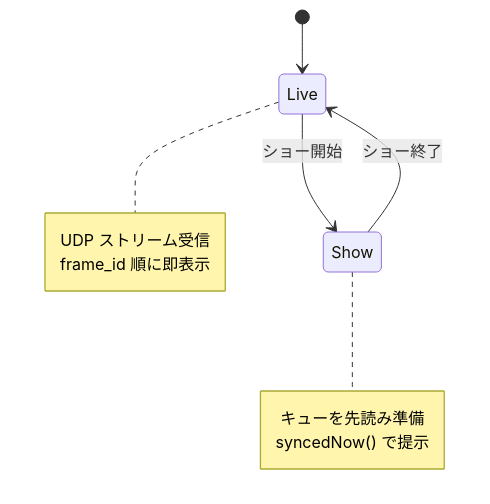
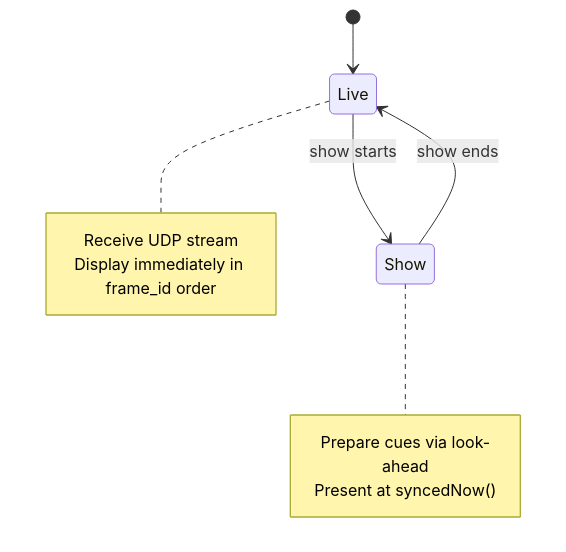
Before and after one commit to sastles-com/sastle-isolation-sphere: the diagram in core/doc/time_sync_show.md, drawn with Mermaid. The commit also changed other lines of this file and 20 other files, not shown here.

First line of the commit message:
docs: 詳細設計/図ドキュメントを英語化 (英語を主・日本語を .ja.md に退避)

````diff
--- a/core/doc/time_sync_show.md
+++ b/core/doc/time_sync_show.md
@@ -143,14 +132,14 @@
 ```mermaid
 stateDiagram-v2
     [*] --> Live
-    Live --> Show: ショー開始
-    Show --> Live: ショー終了
+    Live --> Show: show starts
+    Show --> Live: show ends
     note right of Live
-      UDP ストリーム受信
-      frame_id 順に即表示
+      Receive UDP stream
+      Display immediately in frame_id order
     end note
     note right of Show
-      キューを先読み準備
-      syncedNow() で提示
+      Prepare cues via look-ahead
+      Present at syncedNow()
     end note
 ```
````
